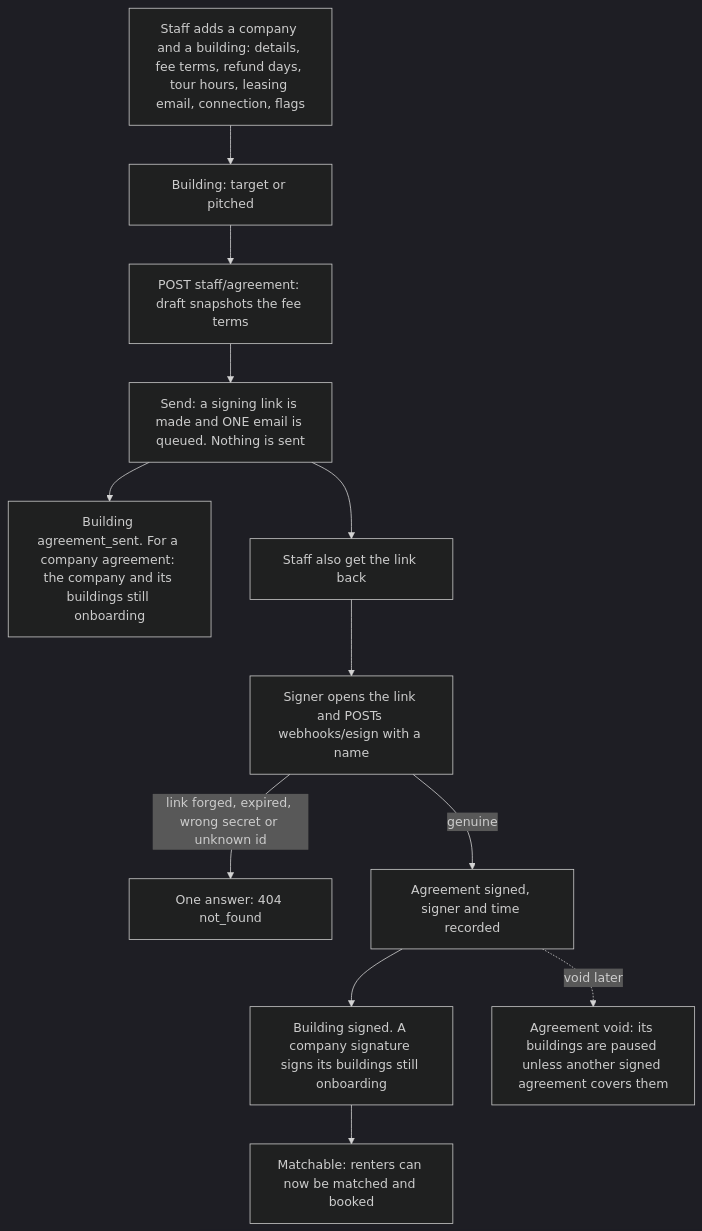
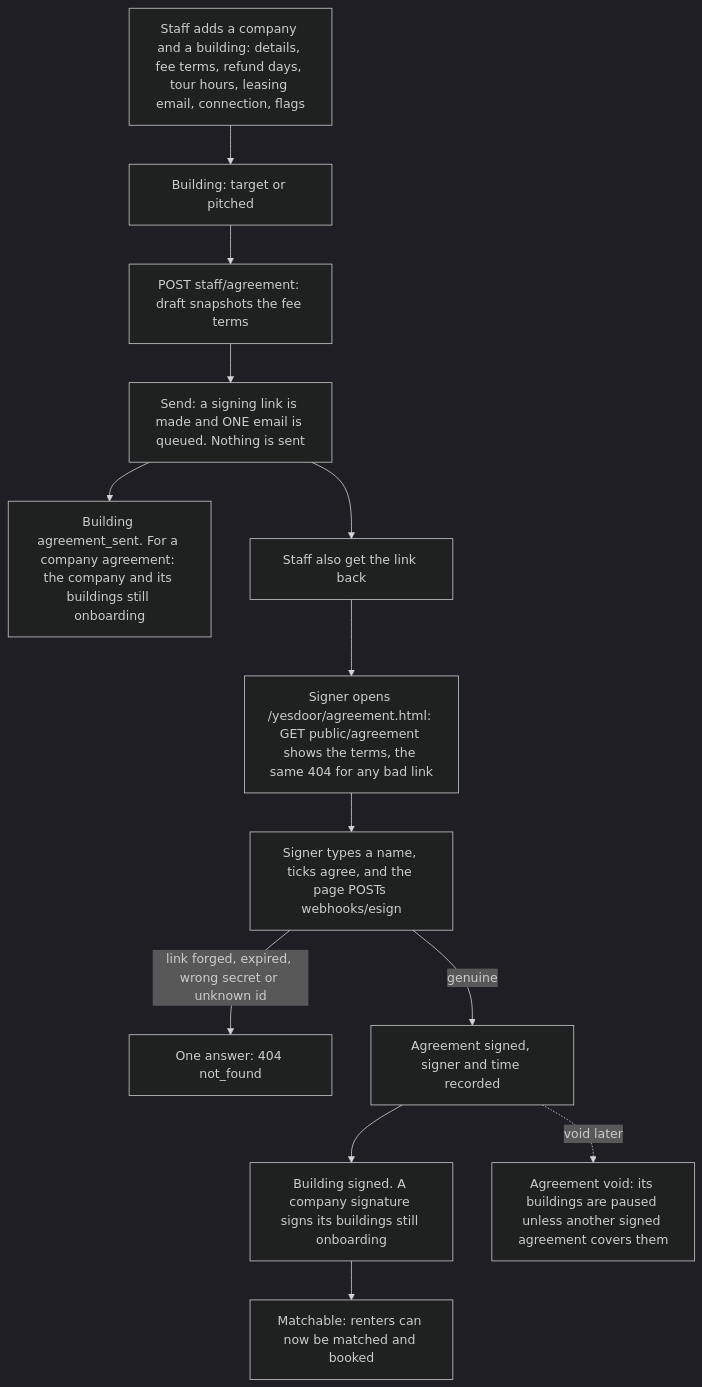
Before and after one commit to ZootimusMaximusSupreme/Fundhub_ai: diagram 13 of 19 in docs/journeys/yesdoor-flow.md, drawn with Mermaid (dark theme). The commit also changed other lines of this file and 10 other files, not shown here.

First line of the commit message:
Yesdoor I2: journeys updated (sign-out, staff-made logins, signing page, Second Chance, criminal keys)

````diff
--- a/docs/journeys/yesdoor-flow.md
+++ b/docs/journeys/yesdoor-flow.md
@@ -315,14 +319,15 @@
 ```mermaid
 flowchart TD
     A[Staff adds a company and a building: details, fee terms, refund days, tour hours, leasing email, connection, flags] --> T[Building: target or pitched]
     T --> D[POST staff/agreement: draft snapshots the fee terms]
     D --> S[Send: a signing link is made and ONE email is queued. Nothing is sent]
     S --> AS[Building agreement_sent. For a company agreement: the company and its buildings still onboarding]
     S --> LK[Staff also get the link back]
-    LK --> SG[Signer opens the link and POSTs webhooks/esign with a name]
+    LK --> PG[Signer opens /yesdoor/agreement.html: GET public/agreement shows the terms, the same 404 for any bad link]
+    PG --> SG[Signer types a name, ticks agree, and the page POSTs webhooks/esign]
     SG -->|link forged, expired, wrong secret or unknown id| N[One answer: 404 not_found]
     SG -->|genuine| OK[Agreement signed, signer and time recorded]
     OK --> BS[Building signed. A company signature signs its buildings still onboarding]
     BS --> M[Matchable: renters can now be matched and booked]
     OK -.->|void later| V[Agreement void: its buildings are paused unless another signed agreement covers them]
 ```
````
